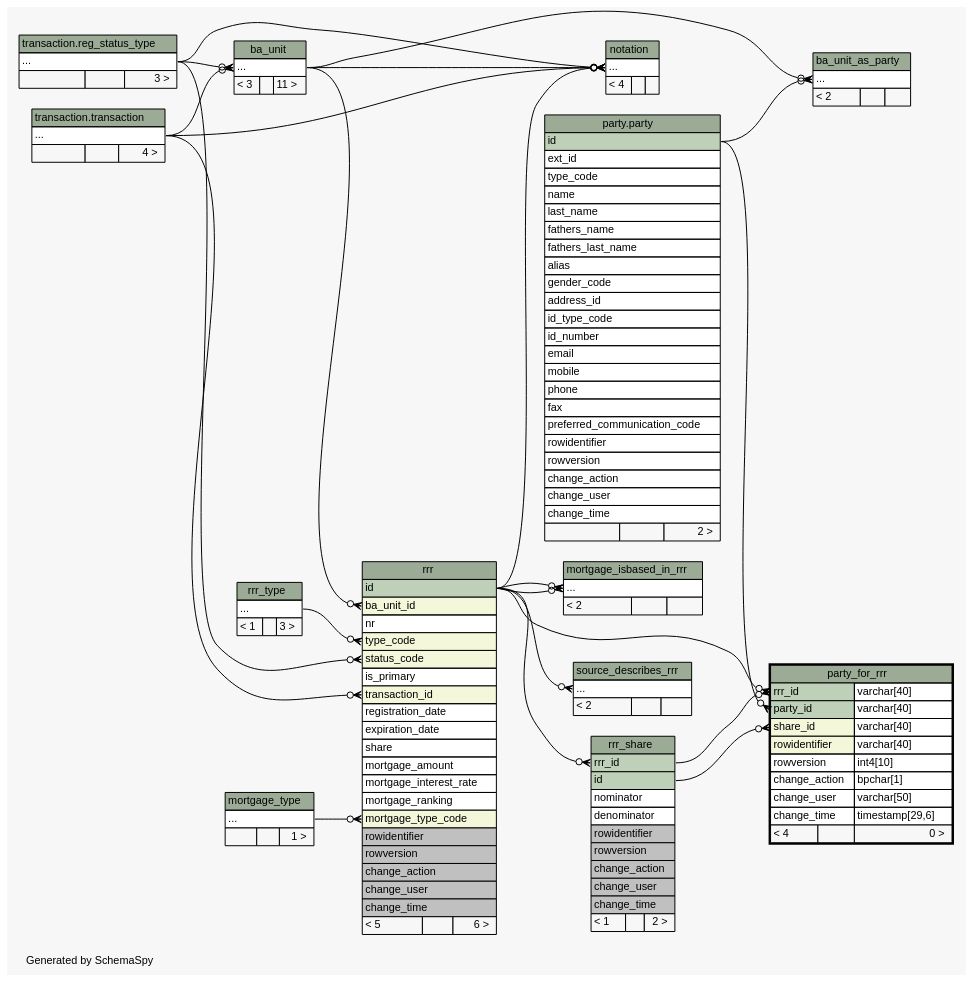
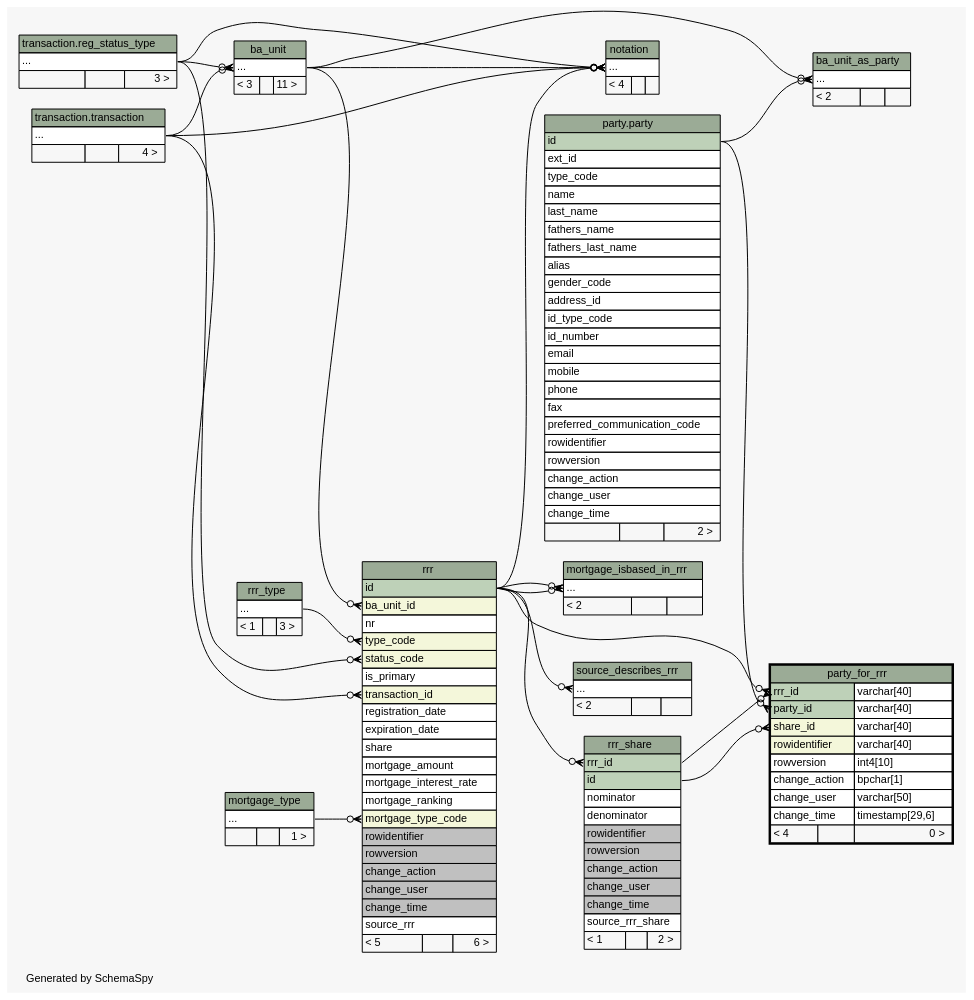
One commit to SOLA-SAMOA/database changed the diagram in doc/administrative/diagrams/party_for_rrr.2degrees.dot. Above: the diagram before and after it, drawn with Graphviz. The commit also changed 326 other files, not shown here.

Commit message:
Updated database schema and data

```diff
--- a/doc/administrative/diagrams/party_for_rrr.2degrees.dot
+++ b/doc/administrative/diagrams/party_for_rrr.2degrees.dot
@@ -171,6 +171,7 @@
       <TR><TD PORT="change_action" COLSPAN="3" BGCOLOR="#c0c0c0" ALIGN="LEFT">change_action</TD></TR>
       <TR><TD PORT="change_user" COLSPAN="3" BGCOLOR="#c0c0c0" ALIGN="LEFT">change_user</TD></TR>
       <TR><TD PORT="change_time" COLSPAN="3" BGCOLOR="#c0c0c0" ALIGN="LEFT">change_time</TD></TR>
+      <TR><TD PORT="source_rrr" COLSPAN="3" ALIGN="LEFT">source_rrr</TD></TR>
       <TR><TD ALIGN="LEFT" BGCOLOR="#f7f7f7">&lt; 5</TD><TD ALIGN="RIGHT" BGCOLOR="#f7f7f7">  </TD><TD ALIGN="RIGHT" BGCOLOR="#f7f7f7">6 &gt;</TD></TR>
     </TABLE>>
     URL="rrr.html"
@@ -189,6 +190,7 @@
       <TR><TD PORT="change_action" COLSPAN="3" BGCOLOR="#c0c0c0" ALIGN="LEFT">change_action</TD></TR>
       <TR><TD PORT="change_user" COLSPAN="3" BGCOLOR="#c0c0c0" ALIGN="LEFT">change_user</TD></TR>
       <TR><TD PORT="change_time" COLSPAN="3" BGCOLOR="#c0c0c0" ALIGN="LEFT">change_time</TD></TR>
+      <TR><TD PORT="source_rrr_share" COLSPAN="3" ALIGN="LEFT">source_rrr_share</TD></TR>
       <TR><TD ALIGN="LEFT" BGCOLOR="#f7f7f7">&lt; 1</TD><TD ALIGN="RIGHT" BGCOLOR="#f7f7f7">  </TD><TD ALIGN="RIGHT" BGCOLOR="#f7f7f7">2 &gt;</TD></TR>
     </TABLE>>
     URL="rrr_share.html"
```
